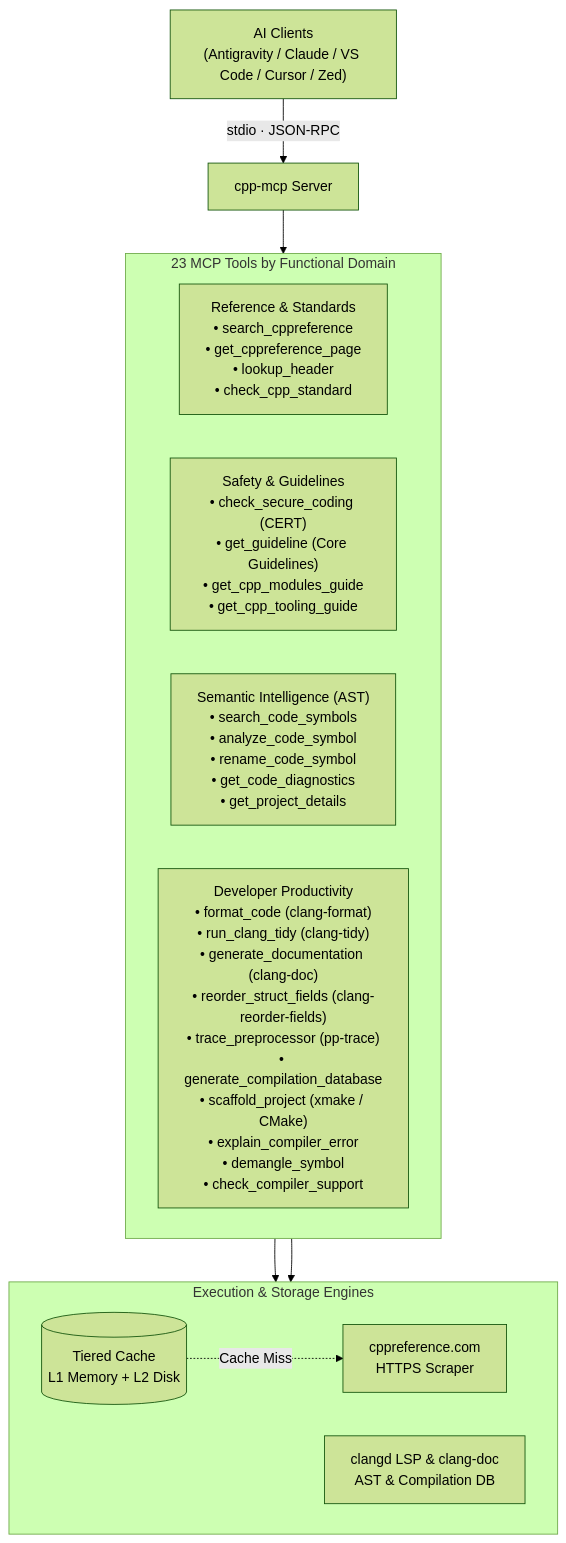
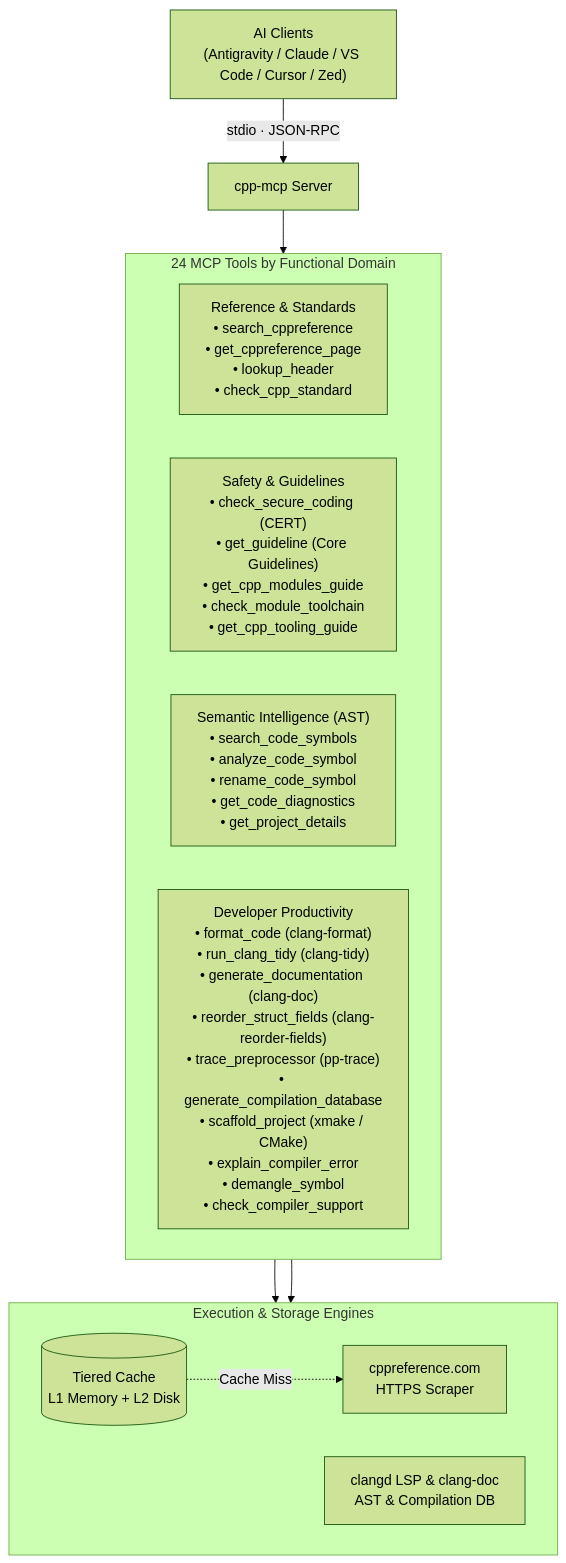
Before and after one commit to CHOCEK-RB/cpp-mcp: the diagram in README.md, drawn with Mermaid (forest theme). The commit also changed other lines of this file and 7 other files, not shown here.

First line of the commit message:
feat: add host-aware check_module_toolchain and module error coverage

````diff
--- a/README.md
+++ b/README.md
@@ -17,24 +17,24 @@
 ```mermaid
 flowchart TB
     Client["AI Clients\n(Antigravity / Claude / VS Code / Cursor / Zed)"] -->|stdio · JSON-RPC| Server["cpp-mcp Server"]
 
-    subgraph Tools ["23 MCP Tools by Functional Domain"]
+    subgraph Tools ["24 MCP Tools by Functional Domain"]
         direction LR
         D1["Reference & Standards\n• search_cppreference\n• get_cppreference_page\n• lookup_header\n• check_cpp_standard"]
-        D2["Safety & Guidelines\n• check_secure_coding (CERT)\n• get_guideline (Core Guidelines)\n• get_cpp_modules_guide\n• get_cpp_tooling_guide"]
+        D2["Safety & Guidelines\n• check_secure_coding (CERT)\n• get_guideline (Core Guidelines)\n• get_cpp_modules_guide\n• check_module_toolchain\n• get_cpp_tooling_guide"]
         D3["Semantic Intelligence (AST)\n• search_code_symbols\n• analyze_code_symbol\n• rename_code_symbol\n• get_code_diagnostics\n• get_project_details"]
         D4["Developer Productivity\n• format_code (clang-format)\n• run_clang_tidy (clang-tidy)\n• generate_documentation (clang-doc)\n• reorder_struct_fields (clang-reorder-fields)\n• trace_preprocessor (pp-trace)\n• generate_compilation_database\n• scaffold_project (xmake / CMake)\n• explain_compiler_error\n• demangle_symbol\n• check_compiler_support"]
     end
 
     subgraph Backends ["Execution & Storage Engines"]
         direction LR
         Cache[("Tiered Cache\nL1 Memory + L2 Disk")]
         LSP["clangd LSP & clang-doc\nAST & Compilation DB"]
         Web["cppreference.com\nHTTPS Scraper"]
     end
 
     Server --> Tools
     D1 --> Cache
     D3 --> LSP
     Cache -.->|Cache Miss| Web
 ```
````
